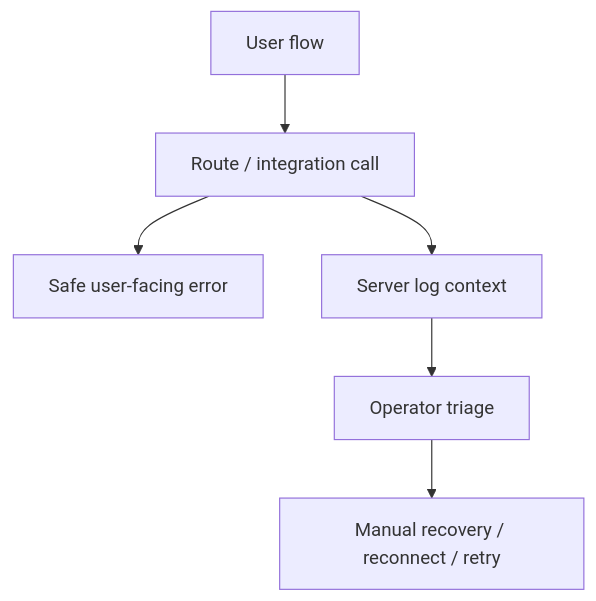
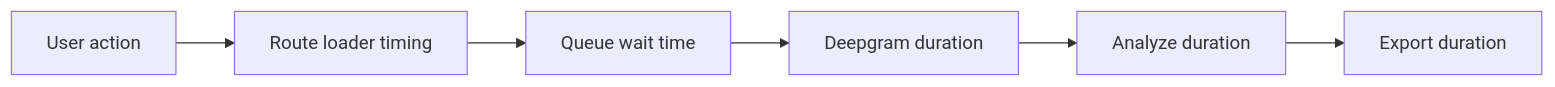
The eighth of 12 diagrams in docs/production-readiness-report.md (krishna0605/NextStop.AI-Web), drawn with Mermaid before and after one commit. The commit also changed other lines of this file and 120 other files, not shown here.

Commit message:
feat(web): harden durable meeting flows, ops readiness, and local auth

````diff
--- a/docs/production-readiness-report.md
+++ b/docs/production-readiness-report.md
@@ -539,8 +687,8 @@
 ```mermaid
-flowchart TD
-  A["User flow"] --> B["Route / integration call"]
-  B --> C["Safe user-facing error"]
-  B --> D["Server log context"]
-  D --> E["Operator triage"]
-  E --> F["Manual recovery / reconnect / retry"]
+flowchart LR
+    UserAction["User action"] --> Loader["Route loader timing"]
+    Loader --> Queue["Queue wait time"]
+    Queue --> Deepgram["Deepgram duration"]
+    Deepgram --> Analyze["Analyze duration"]
+    Analyze --> Export["Export duration"]
 ```
````
